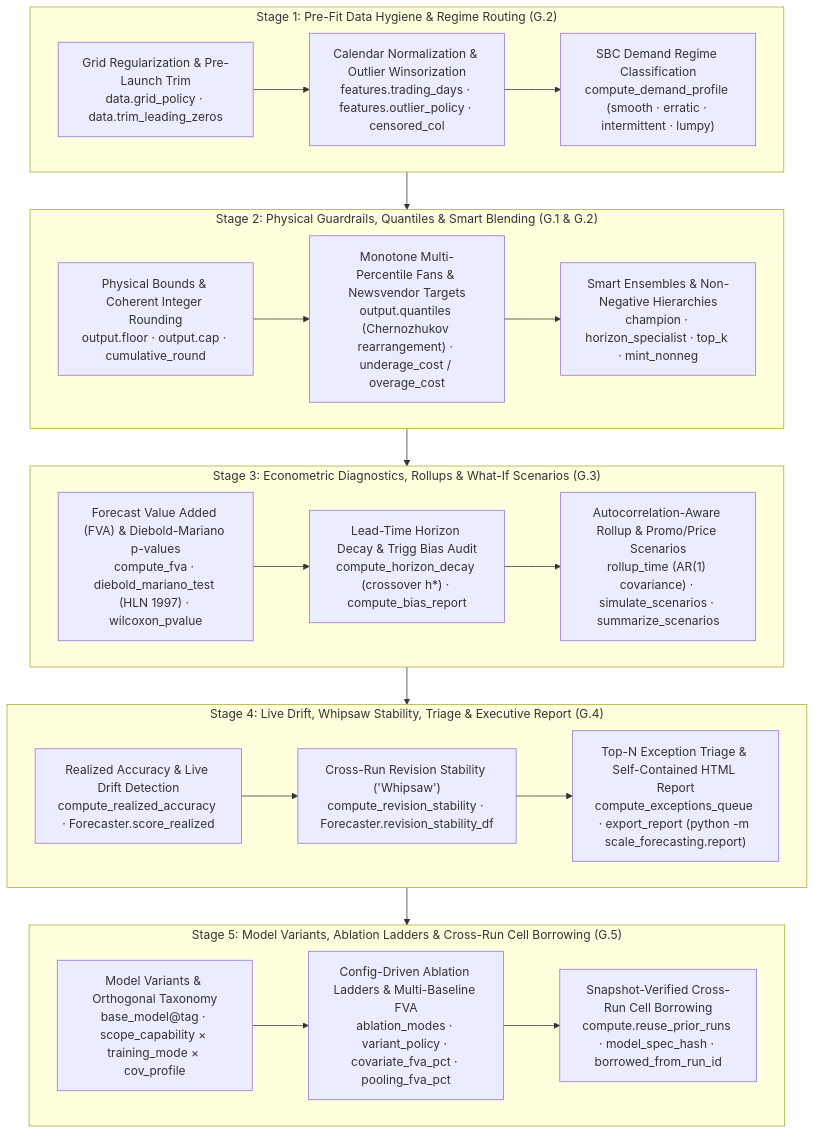
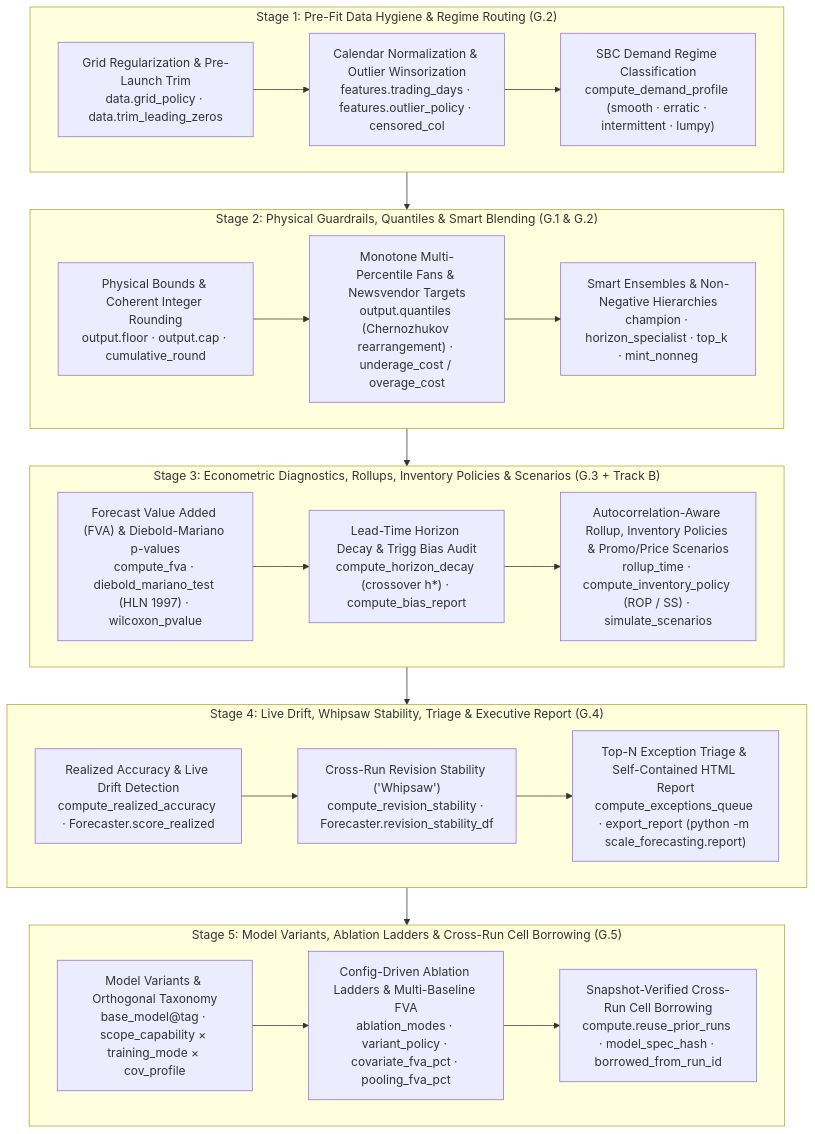
Before and after one commit to statmike/scale-forecasting: the diagram in docs/forecaster_workbench.md, drawn with Mermaid. The commit also changed other lines of this file and 22 other files, not shown here.

Commit message:
feat(diagnostics,sdk,mcp,report): add Track B inventory & replenishment policy translators (v1.2.0)

````diff
--- a/docs/forecaster_workbench.md
+++ b/docs/forecaster_workbench.md
@@ -5,39 +5,39 @@
 ```mermaid
 flowchart TD
     subgraph S1["Stage 1: Pre-Fit Data Hygiene & Regime Routing (G.2)"]
         H1["Grid Regularization & Pre-Launch Trim<br/>data.grid_policy · data.trim_leading_zeros"]
         H2["Calendar Normalization & Outlier Winsorization<br/>features.trading_days · features.outlier_policy · censored_col"]
         H3["SBC Demand Regime Classification<br/>compute_demand_profile (smooth · erratic · intermittent · lumpy)"]
         H1 --> H2 --> H3
     end
 
     subgraph S2["Stage 2: Physical Guardrails, Quantiles & Smart Blending (G.1 & G.2)"]
         B1["Physical Bounds & Coherent Integer Rounding<br/>output.floor · output.cap · cumulative_round"]
         B2["Monotone Multi-Percentile Fans & Newsvendor Targets<br/>output.quantiles (Chernozhukov rearrangement) · underage_cost / overage_cost"]
         B3["Smart Ensembles & Non-Negative Hierarchies<br/>champion · horizon_specialist · top_k · mint_nonneg"]
         B1 --> B2 --> B3
     end
 
-    subgraph S3["Stage 3: Econometric Diagnostics, Rollups & What-If Scenarios (G.3)"]
+    subgraph S3["Stage 3: Econometric Diagnostics, Rollups, Inventory Policies & Scenarios (G.3 + Track B)"]
         D1["Forecast Value Added (FVA) & Diebold-Mariano p-values<br/>compute_fva · diebold_mariano_test (HLN 1997) · wilcoxon_pvalue"]
         D2["Lead-Time Horizon Decay & Trigg Bias Audit<br/>compute_horizon_decay (crossover h*) · compute_bias_report"]
-        D3["Autocorrelation-Aware Rollup & Promo/Price Scenarios<br/>rollup_time (AR(1) covariance) · simulate_scenarios · summarize_scenarios"]
+        D3["Autocorrelation-Aware Rollup, Inventory Policies & Promo/Price Scenarios<br/>rollup_time · compute_inventory_policy (ROP / SS) · simulate_scenarios"]
         D1 --> D2 --> D3
     end
 
     subgraph S4["Stage 4: Live Drift, Whipsaw Stability, Triage & Executive Report (G.4)"]
         L1["Realized Accuracy & Live Drift Detection<br/>compute_realized_accuracy · Forecaster.score_realized"]
         L2["Cross-Run Revision Stability ('Whipsaw')<br/>compute_revision_stability · Forecaster.revision_stability_df"]
         L3["Top-N Exception Triage & Self-Contained HTML Report<br/>compute_exceptions_queue · export_report (python -m scale_forecasting.report)"]
         L1 --> L2 --> L3
     end
 
     subgraph S5["Stage 5: Model Variants, Ablation Ladders & Cross-Run Cell Borrowing (G.5)"]
         V1["Model Variants & Orthogonal Taxonomy<br/>base_model@tag · scope_capability × training_mode × cov_profile"]
         V2["Config-Driven Ablation Ladders & Multi-Baseline FVA<br/>ablation_modes · variant_policy · covariate_fva_pct · pooling_fva_pct"]
         V3["Snapshot-Verified Cross-Run Cell Borrowing<br/>compute.reuse_prior_runs · model_spec_hash · borrowed_from_run_id"]
         V1 --> V2 --> V3
     end
 
     S1 --> S2 --> S3 --> S4 --> S5
 ```
````
